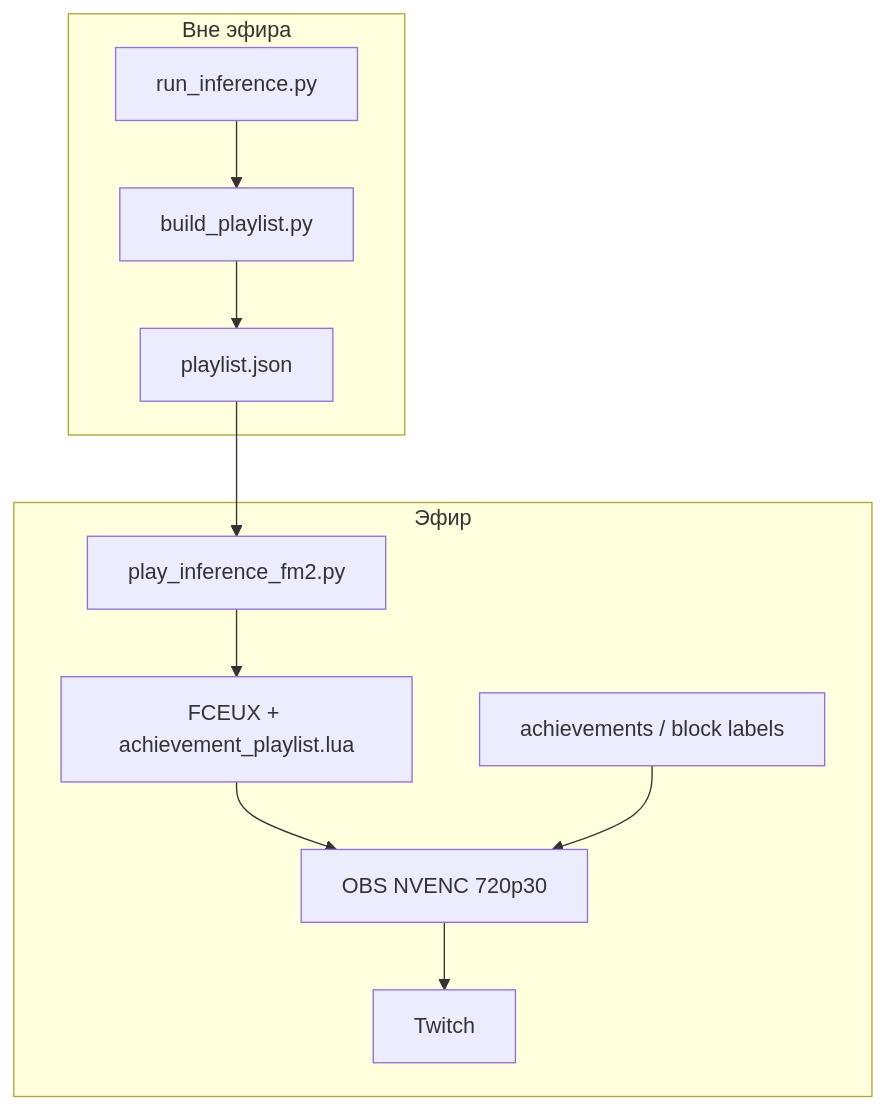
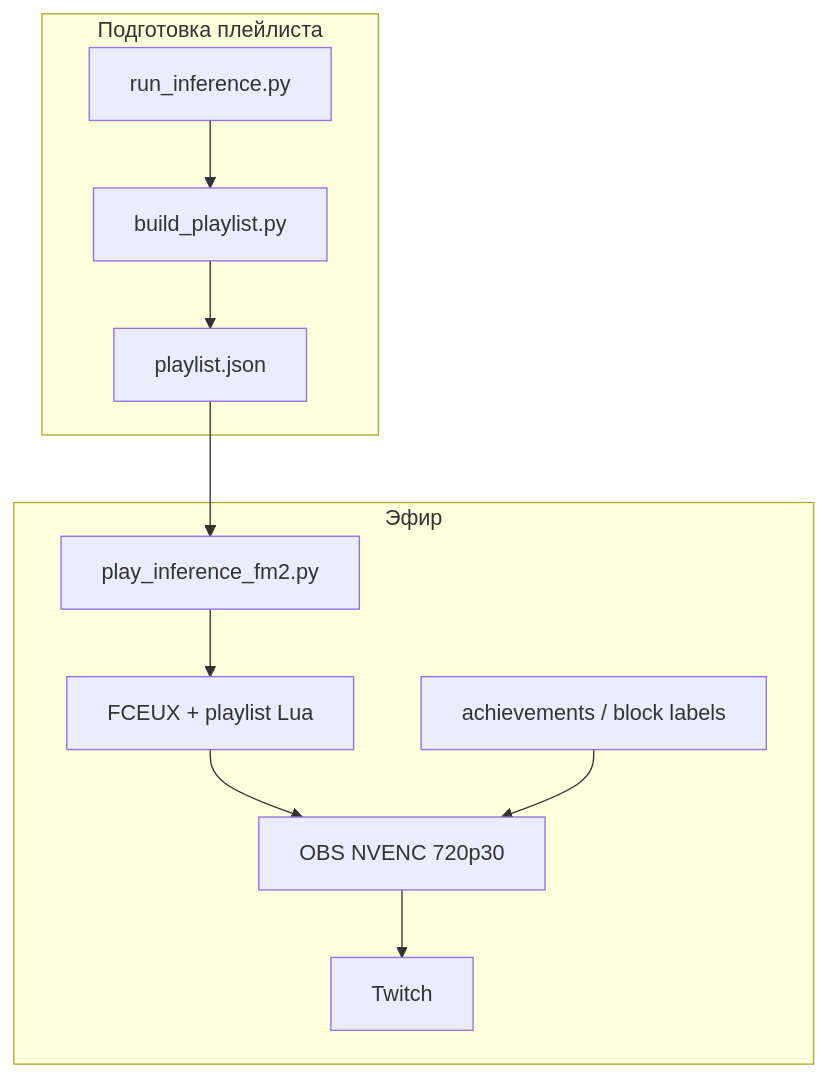
The diagram in docs/STREAMING_CONCEPT.md (dimadroog/wait), drawn with Mermaid before and after one commit. The commit also changed other lines of this file and 17 other files, not shown here.

````diff
--- a/docs/STREAMING_CONCEPT.md
+++ b/docs/STREAMING_CONCEPT.md
@@ -145,20 +82,20 @@
 ```mermaid
 flowchart TB
-    subgraph live [Эфир]
+    subgraph prep [Подготовка плейлиста]
+        Infer[run_inference.py]
+        Build[build_playlist.py]
+        Infer --> Build
+        Build --> Manifest[playlist.json]
+    end
+    subgraph air [Эфир]
         Play[play_inference_fm2.py]
-        FCEUX[FCEUX + achievement_playlist.lua]
+        FCEUX[FCEUX + playlist Lua]
         OBS[OBS NVENC 720p30]
         Overlay[achievements / block labels]
+        Manifest --> Play
         Play --> FCEUX
         FCEUX --> OBS
         Overlay --> OBS
         OBS --> Twitch[Twitch]
     end
-    subgraph off [Вне эфира]
-        Infer[run_inference.py]
-        Build[build_playlist.py]
-        Infer --> Build
-        Build --> Manifest[playlist.json]
-        Manifest --> Play
-    end
 ```
````
